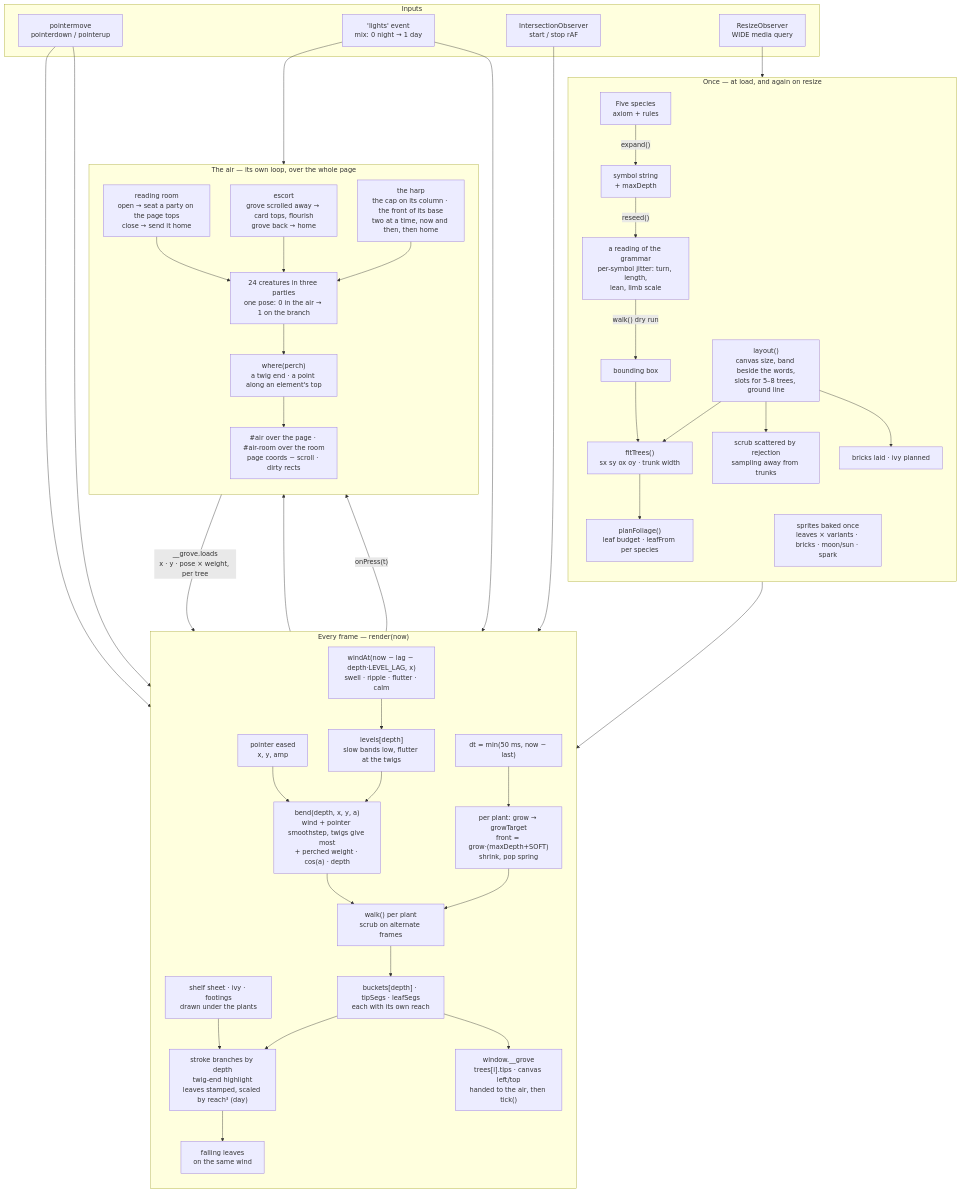
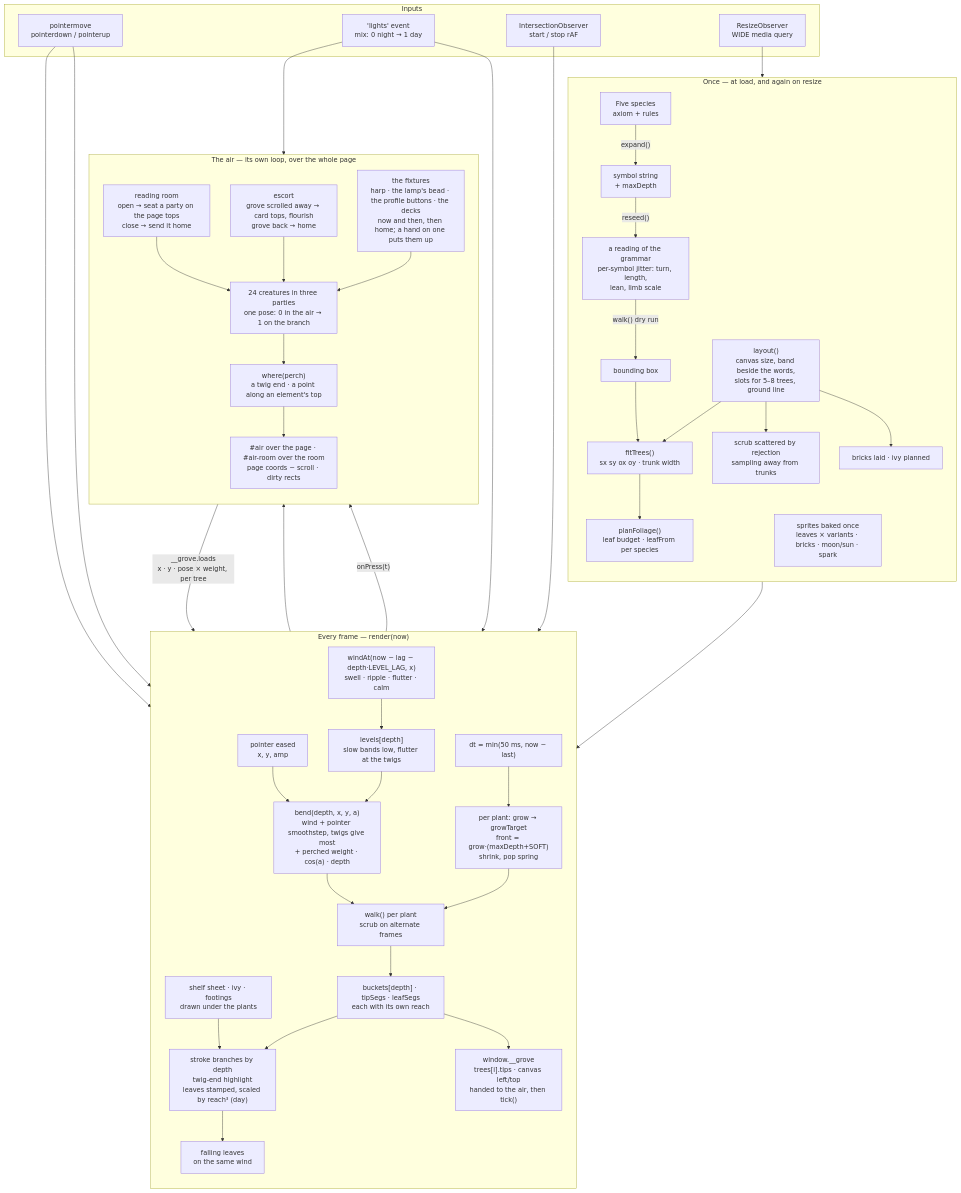
The first of 2 diagrams in README.md (NeoVand/NeoVand.github.io), drawn with Mermaid before and after one commit. The commit also changed other lines of this file and 1 other file, not shown here.

````diff
--- a/README.md
+++ b/README.md
@@ -78,57 +78,57 @@
 ```mermaid
 flowchart TB
   subgraph once["Once — at load, and again on resize"]
     direction TB
     G["Five species<br/>axiom + rules"] -->|"expand()"| S["symbol string<br/>+ maxDepth"]
     S -->|"reseed()"| J["a reading of the grammar<br/>per-symbol jitter: turn, length,<br/>lean, limb scale"]
     J -->|"walk() dry run"| BB["bounding box"]
     LY["layout()<br/>canvas size, band beside the words,<br/>slots for 5–8 trees, ground line"] --> FT
     BB --> FT["fitTrees()<br/>sx sy ox oy · trunk width"]
     FT --> PF["planFoliage()<br/>leaf budget · leafFrom per species"]
     LY --> SC["scrub scattered by rejection<br/>sampling away from trunks"]
     LY --> BR["bricks laid · ivy planned"]
     SP["sprites baked once<br/>leaves × variants · bricks · moon/sun · spark"]
   end
 
   subgraph inputs["Inputs"]
     PTR["pointermove<br/>pointerdown / pointerup"]
     LT["'lights' event<br/>mix: 0 night → 1 day"]
     VIS["IntersectionObserver<br/>start / stop rAF"]
     RS["ResizeObserver<br/>WIDE media query"]
   end
 
   subgraph frame["Every frame — render(now)"]
     direction TB
     DT["dt = min(50 ms, now − last)"] --> GRW
     GRW["per plant: grow → growTarget<br/>front = grow·(maxDepth+SOFT)<br/>shrink, pop spring"] --> WK
     WD["windAt(now − lag − depth·LEVEL_LAG, x)<br/>swell · ripple · flutter · calm"] --> LV["levels[depth]<br/>slow bands low, flutter at the twigs"]
     LV --> BEND["bend(depth, x, y, a)<br/>wind + pointer smoothstep, twigs give most<br/>+ perched weight · cos(a) · depth"]
     PE["pointer eased<br/>x, y, amp"] --> BEND
     BEND --> WK["walk() per plant<br/>scrub on alternate frames"]
     WK --> SEG["buckets[depth] · tipSegs · leafSegs<br/>each with its own reach"]
     SEG --> DRAW["stroke branches by depth<br/>twig-end highlight<br/>leaves stamped, scaled by reach³ (day)"]
     SEG --> EXP["window.__grove<br/>trees[i].tips · canvas left/top<br/>handed to the air, then tick()"]
     SHF["shelf sheet · ivy · footings<br/>drawn under the plants"] --> DRAW
     DRAW --> FALL["falling leaves<br/>on the same wind"]
   end
 
   subgraph air["The air — its own loop, over the whole page"]
     direction TB
     FLK["24 creatures in three parties<br/>one pose: 0 in the air → 1 on the branch"] --> WHERE["where(perch)<br/>a twig end · a point along an element's top"]
     WHERE --> SHEETS["#air over the page · #air-room over the room<br/>page coords − scroll · dirty rects"]
     RM["reading room<br/>open → seat a party on the page tops<br/>close → send it home"] --> FLK
     ESC["escort<br/>grove scrolled away → card tops, flourish<br/>grove back → home"] --> FLK
-    RAD["the harp<br/>the cap on its column · the front of its base<br/>two at a time, now and then, then home"] --> FLK
+    RAD["the fixtures<br/>harp · the lamp's bead · the profile buttons · the decks<br/>now and then, then home; a hand on one puts them up"] --> FLK
   end
 
   PTR --> PE
   PTR --> GRW
   LT --> DRAW
   LT --> FLK
   RS --> LY
   VIS --> frame
   once --> frame
   EXP --> WHERE
   GRW -->|"onPress(t)"| FLK
   FLK -->|"__grove.loads<br/>x · y · pose × weight, per tree"| BEND
 ```
````
